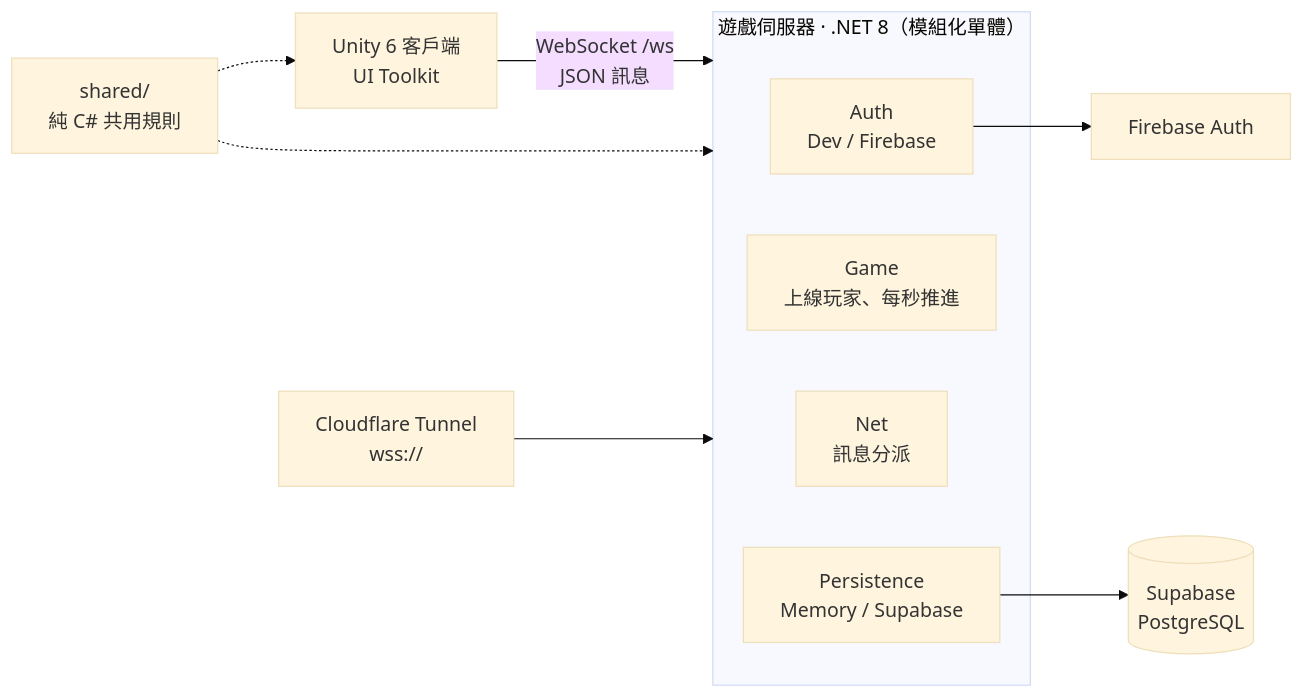
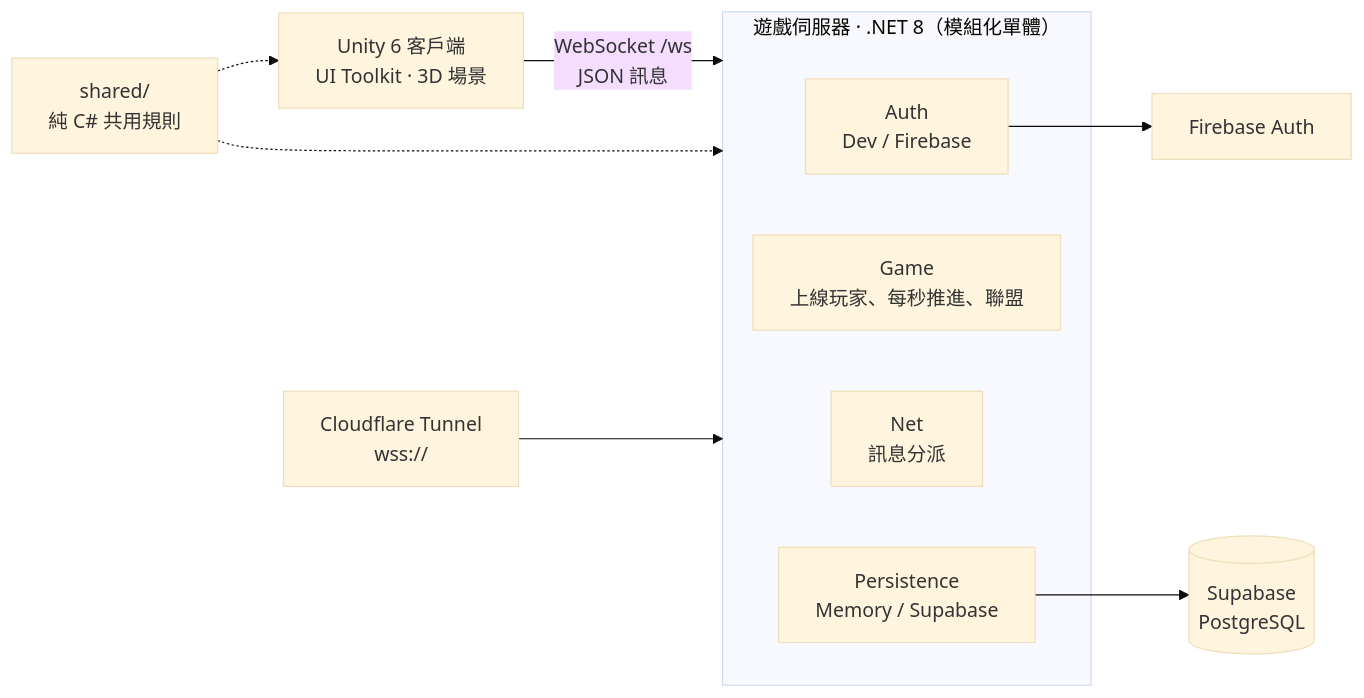
One commit to Johnnnny0823/abyss-kingdom changed the diagram in README.md. Above: the diagram before and after it, drawn with Mermaid (base theme). The commit also changed other lines of this file and 14 other files, not shown here.

````diff
--- a/README.md
+++ b/README.md
@@ -35,15 +97,15 @@
 ```mermaid
 flowchart LR
-    C["Unity 6 客戶端<br/>UI Toolkit"] -- "WebSocket /ws<br/>JSON 訊息" --> S
+    C["Unity 6 客戶端<br/>UI Toolkit · 3D 場景"] -- "WebSocket /ws<br/>JSON 訊息" --> S
     subgraph S["遊戲伺服器 · .NET 8（模組化單體）"]
         A["Auth<br/>Dev / Firebase"]
-        G["Game<br/>上線玩家、每秒推進"]
+        G["Game<br/>上線玩家、每秒推進、聯盟"]
         N["Net<br/>訊息分派"]
         P["Persistence<br/>Memory / Supabase"]
     end
     SH["shared/<br/>純 C# 共用規則"] -.-> C
     SH -.-> S
     P --> DB[("Supabase<br/>PostgreSQL")]
     A --> FB["Firebase Auth"]
     T["Cloudflare Tunnel<br/>wss://"] --> S
 ```
````
